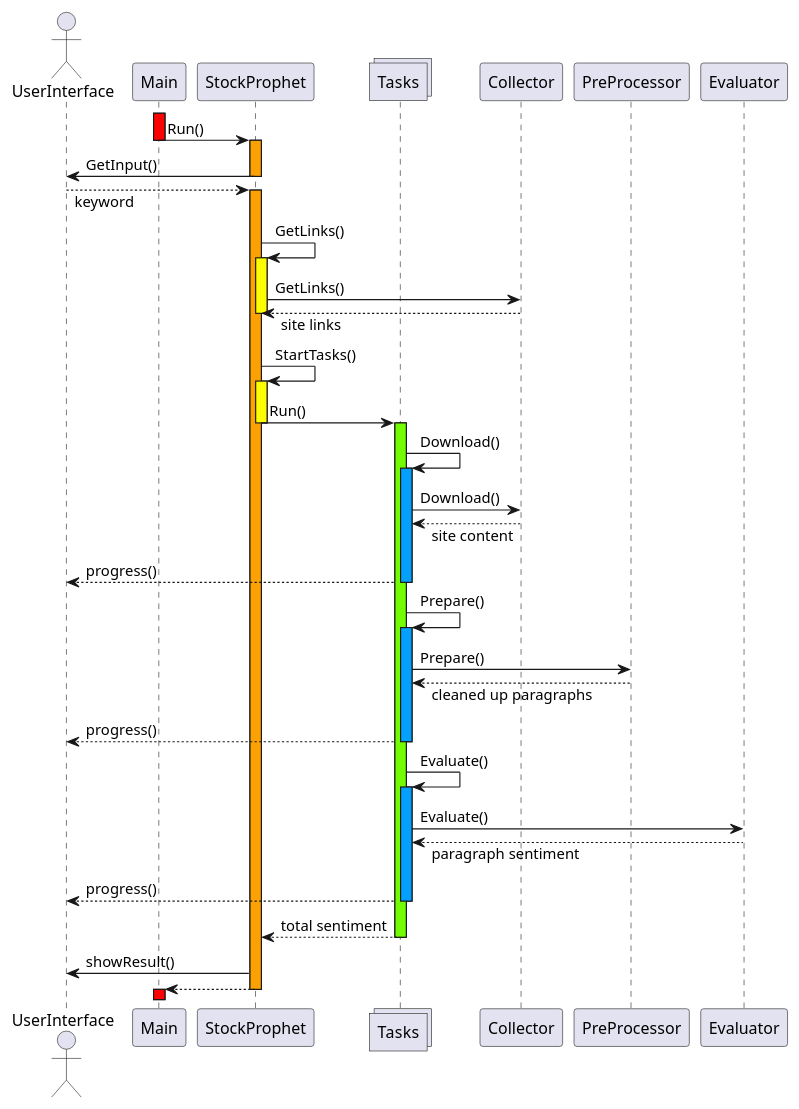
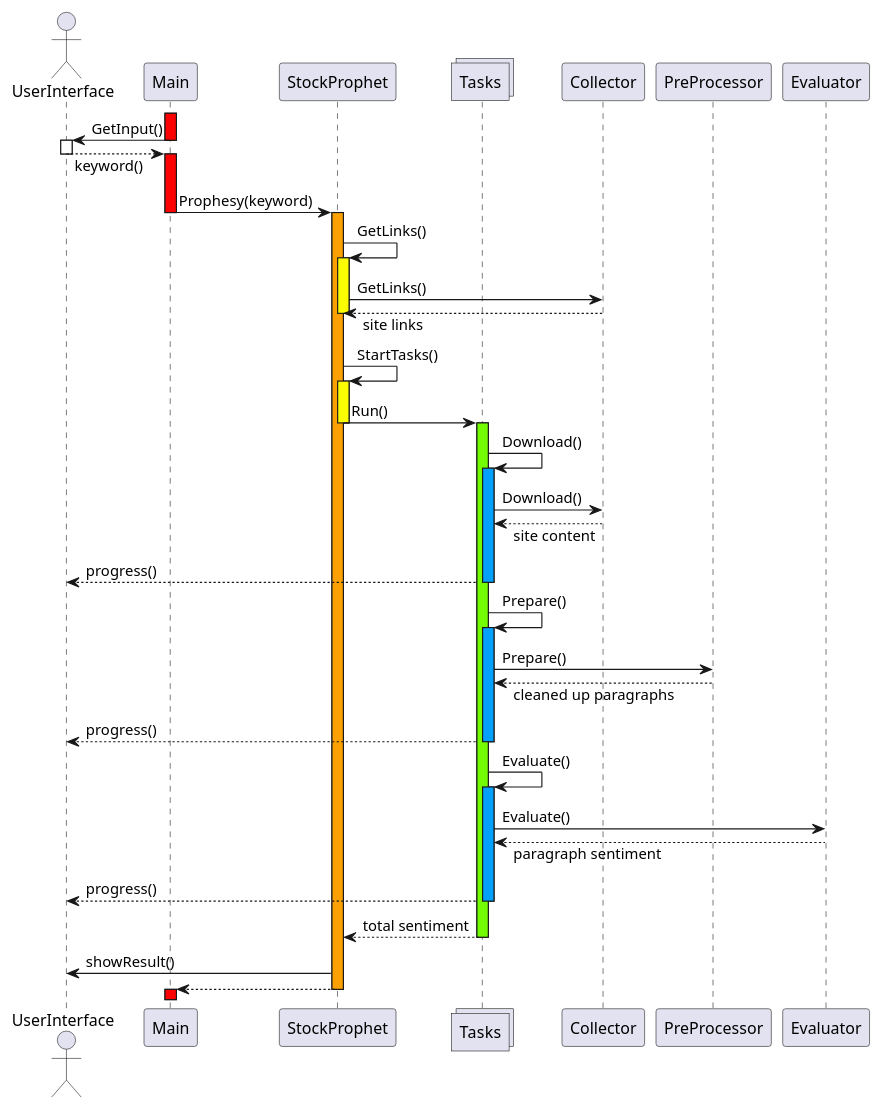
Before and after one commit to Ifi-Softwareentwicklung-SoSe2023/TUBAF_SE-Project_StockProphet: the diagram in doc/mainAppSequence.plantuml, drawn with PlantUML. The commit also changed 2 other files, not shown here.

Commit message:
Update project diagrams

```diff
--- a/doc/mainAppSequence.plantuml
+++ b/doc/mainAppSequence.plantuml
@@ -1,81 +1,82 @@
 @startuml StockProphet Main App Sequence Diagram
 
 skinparam ResponseMessageBelowArrow true
 
 
 ' participants '
 
 actor UserInterface
 participant Main
 participant StockProphet 
 collections Tasks
 
 participant Collector
 participant PreProcessor
 participant Evaluator
 
 
 
 ' startup sequence '
 
 activate Main #fc0303
-Main -> StockProphet : Run()
+Main -> UserInterface : GetInput()
 deactivate Main
-activate StockProphet #fca103
-
-StockProphet -> UserInterface : GetInput()
-deactivate StockProphet
-StockProphet <-- UserInterface : keyword
+activate UserInterface
+Main <-- UserInterface : keyword()
+deactivate UserInterface
+activate Main #fc0303
+Main -> StockProphet : Prophesy(keyword)
+deactivate Main
 activate StockProphet #fca103
 
 StockProphet -> StockProphet : GetLinks()
 activate StockProphet #fcfc03
 StockProphet -> Collector : GetLinks()
 StockProphet <-- Collector : site links
 deactivate StockProphet
 
 StockProphet -> StockProphet : StartTasks()
 activate StockProphet #fcfc03
 StockProphet -> Tasks : Run()
 deactivate StockProphet
 activate Tasks #73fc03
 
 
 
 ' parallel task sequence '
 
 Tasks -> Tasks : Download()
 activate Tasks #03a1fc
 Tasks -> Collector : Download()
 Tasks <-- Collector : site content
 Tasks --> UserInterface : progress()
 deactivate Tasks
 
 Tasks -> Tasks : Prepare()
 activate Tasks #03a1fc
 Tasks -> PreProcessor : Prepare()
 Tasks <-- PreProcessor : cleaned up paragraphs
 Tasks --> UserInterface : progress()
 deactivate Tasks
 
 Tasks -> Tasks : Evaluate()
 activate Tasks #03a1fc
 Tasks -> Evaluator : Evaluate()
 Tasks <-- Evaluator : paragraph sentiment
 Tasks --> UserInterface : progress()
 deactivate Tasks
 
 Tasks --> StockProphet : total sentiment
 deactivate Tasks
 
 
 
 ' end sequence '
 
 StockProphet -> UserInterface : showResult()
 
 StockProphet --> Main
 deactivate StockProphet
 activate Main #fc0303
 
 @enduml
```
